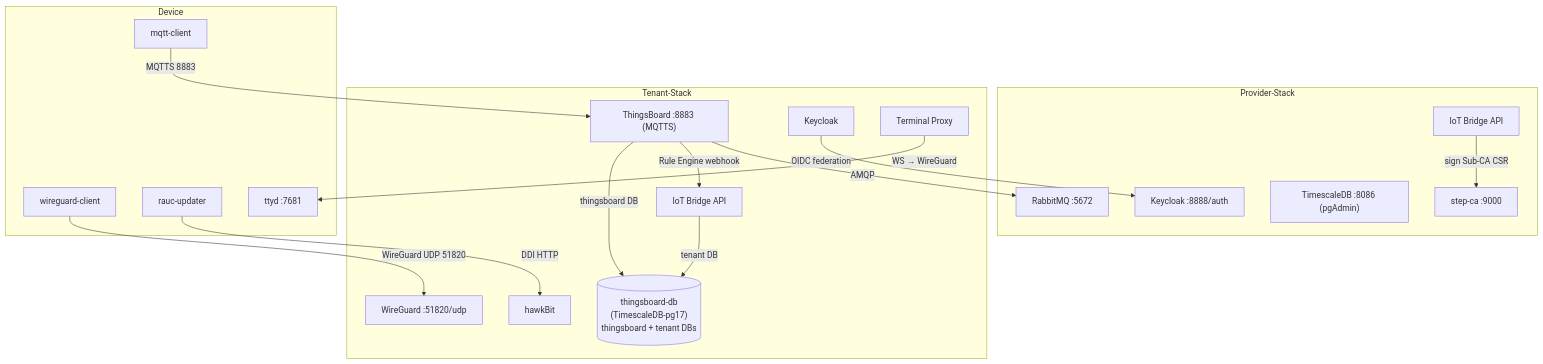
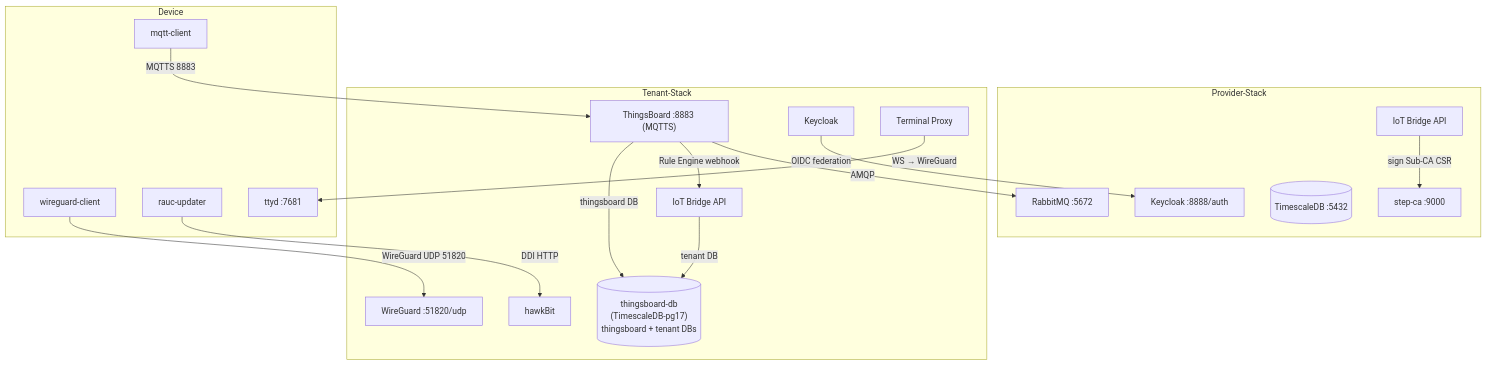
The fifth of 5 diagrams in docs/architecture/data-flow.md (the78mole/complete-device-management), drawn with Mermaid before and after one commit. The commit also changed 8 other files, not shown here.

````diff
--- a/docs/architecture/data-flow.md
+++ b/docs/architecture/data-flow.md
@@ -150,38 +150,38 @@
 ```mermaid
 graph TB
     subgraph provider["Provider-Stack"]
         RMQ_P["RabbitMQ :5672"]
         KC_P["Keycloak :8888/auth"]
-        IDB_P["TimescaleDB :8086 (pgAdmin)"]
+        IDB_P[(TimescaleDB :5432)]
         SCA_P["step-ca :9000"]
         IBA_P["IoT Bridge API"]
     end
 
     subgraph tenant["Tenant-Stack"]
         TB_T["ThingsBoard :8883 (MQTTS)"]
         TB_DB[("thingsboard-db\n(TimescaleDB-pg17)\nthingsboard + tenant DBs")]
         HB_T["hawkBit"]
         KC_T["Keycloak"]
         WGS["WireGuard :51820/udp"]
         TXP["Terminal Proxy"]
         IBA_T["IoT Bridge API"]
         TB_T -->|thingsboard DB| TB_DB
         TB_T -->|Rule Engine webhook| IBA_T
         IBA_T -->|tenant DB| TB_DB
     end
 
     subgraph device["Device"]
         MQC[mqtt-client]
         WGC[wireguard-client]
         UPD[rauc-updater]
         TTD["ttyd :7681"]
     end
 
     MQC -->|MQTTS 8883| TB_T
     WGC -->|WireGuard UDP 51820| WGS
     UPD -->|DDI HTTP| HB_T
     TB_T -->|AMQP| RMQ_P
     KC_T -->|OIDC federation| KC_P
     TXP -->|WS → WireGuard| TTD
     IBA_P -->|sign Sub-CA CSR| SCA_P
 ```
````
